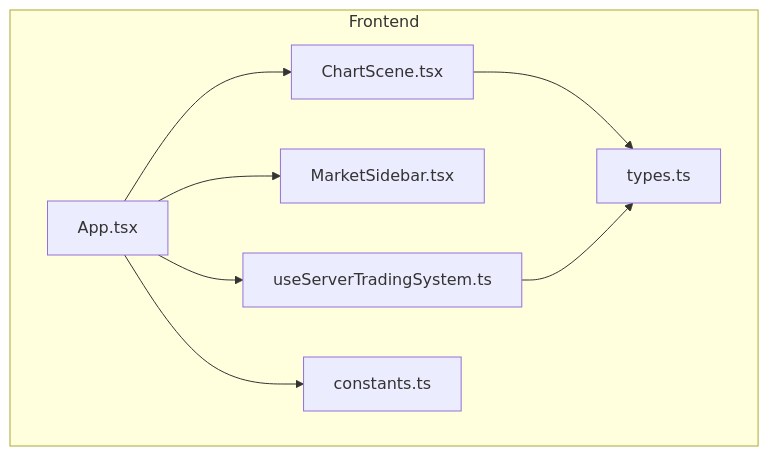
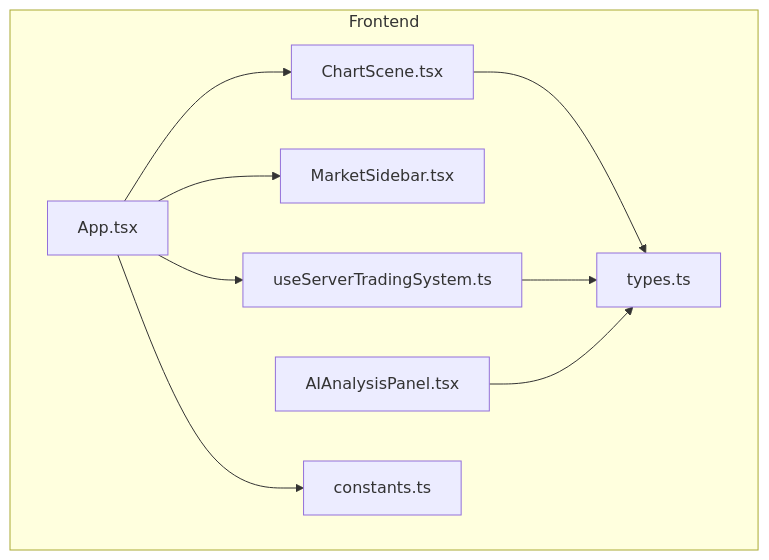
The first of 6 diagrams in .qoder/repowiki/en/content/Frontend Application/React Components/Chart Visualization Components/Chart Visualization Components.md (gemrajkhatry-maker/v5-of-glassytrade-ai), drawn with Mermaid before and after one commit. The commit also changed other lines of this file and 930 other files, not shown here.

````diff
--- a/.qoder/repowiki/en/content/Frontend Application/React Components/Chart Visualization Components/Chart Visualization Components.md
+++ b/.qoder/repowiki/en/content/Frontend Application/React Components/Chart Visualization Components/Chart Visualization Components.md
@@ -31,17 +42,19 @@
 ```mermaid
 graph TB
 subgraph "Frontend"
 App["App.tsx"]
 CS["ChartScene.tsx"]
 Hook["useServerTradingSystem.ts"]
 Types["types.ts"]
 Consts["constants.ts"]
 MS["MarketSidebar.tsx"]
+AAP["AIAnalysisPanel.tsx"]
 end
 App --> CS
 App --> MS
 App --> Hook
 CS --> Types
 Hook --> Types
+AAP --> Types
 App --> Consts
 ```
````
